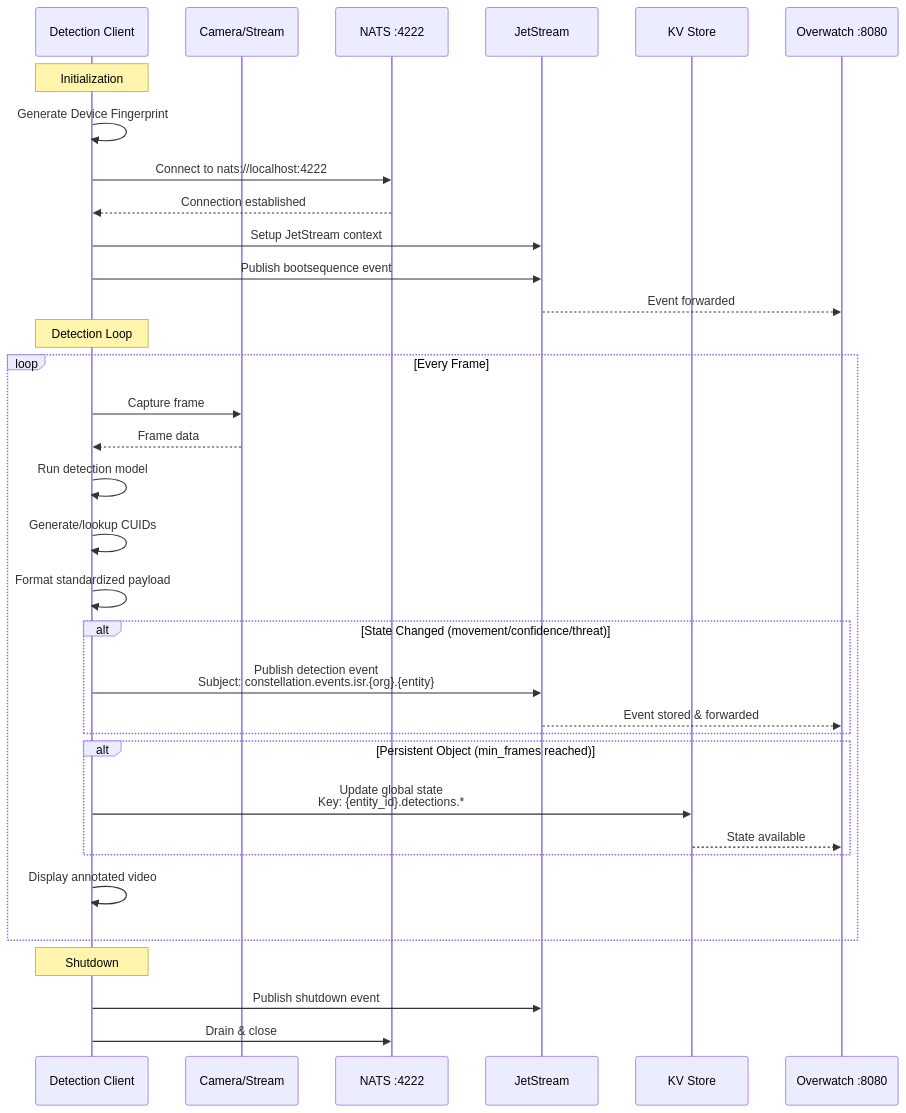
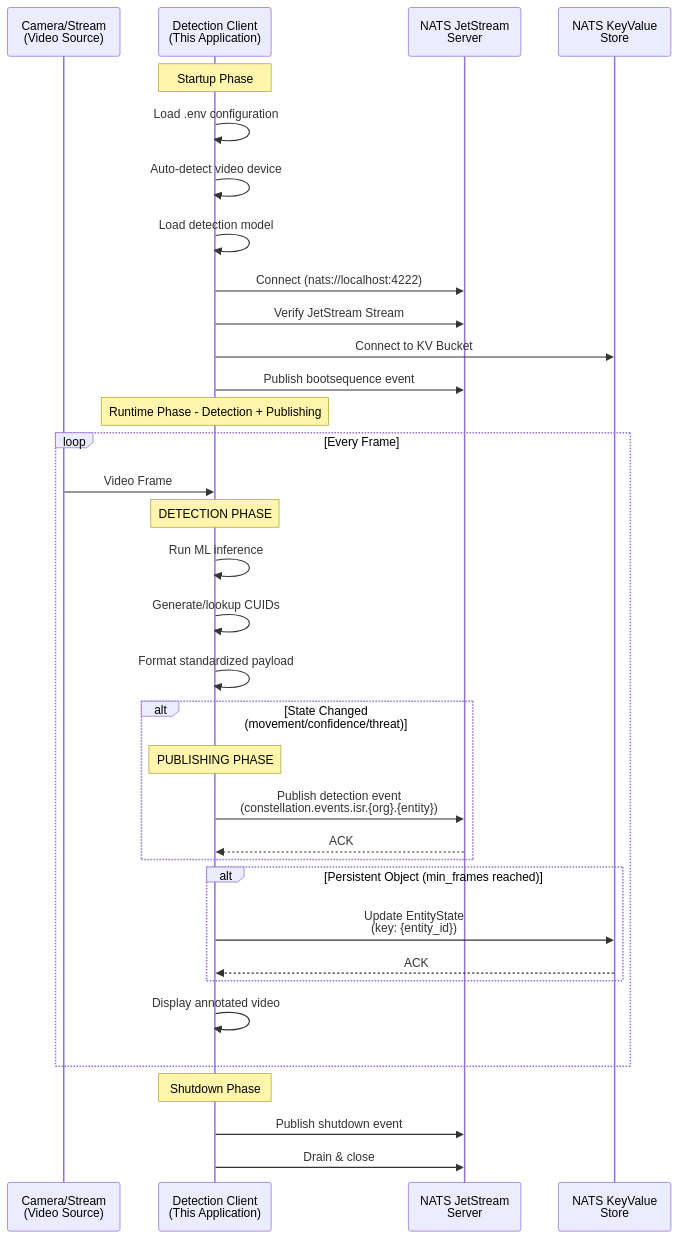
Before and after one commit to Constellation-Overwatch/overwatch-obj-detection: the diagram in README.md, drawn with Mermaid. The commit also changed other lines of this file and 2 other files, not shown here.

````diff
--- a/README.md
+++ b/README.md
@@ -104,43 +36,43 @@
 ```mermaid
 sequenceDiagram
-    participant Client as Detection Client
-    participant Camera as Camera/Stream
-    participant NATS as NATS :4222
-    participant JS as JetStream
-    participant KV as KV Store
-    participant Overwatch as Overwatch :8080
+    participant Camera as Camera/Stream<br/>(Video Source)
+    participant Client as Detection Client<br/>(This Application)
+    participant NATS as NATS JetStream<br/>Server
+    participant KV as NATS KeyValue<br/>Store
 
-    Note over Client: Initialization
-    Client->>Client: Generate Device Fingerprint
-    Client->>NATS: Connect to nats://localhost:4222
-    NATS-->>Client: Connection established
-    Client->>JS: Setup JetStream context
-    Client->>JS: Publish bootsequence event
-    JS-->>Overwatch: Event forwarded
+    Note over Client: Startup Phase
+    Client->>Client: Load .env configuration
+    Client->>Client: Auto-detect video device
+    Client->>Client: Load detection model
+    Client->>NATS: Connect (nats://localhost:4222)
+    Client->>NATS: Verify JetStream Stream
+    Client->>KV: Connect to KV Bucket
+    Client->>NATS: Publish bootsequence event
 
-    Note over Client: Detection Loop
+    Note over Client: Runtime Phase - Detection + Publishing
     loop Every Frame
-        Client->>Camera: Capture frame
-        Camera-->>Client: Frame data
+        Camera->>Client: Video Frame
 
-        Client->>Client: Run detection model
+        Note over Client: DETECTION PHASE
+        Client->>Client: Run ML inference
         Client->>Client: Generate/lookup CUIDs
         Client->>Client: Format standardized payload
 
         alt State Changed (movement/confidence/threat)
-            Client->>JS: Publish detection event<br/>Subject: constellation.events.isr.{org}.{entity}
-            JS-->>Overwatch: Event stored & forwarded
+            Note over Client: PUBLISHING PHASE
+            Client->>NATS: Publish detection event<br/>(constellation.events.isr.{org}.{entity})
+            NATS-->>Client: ACK
         end
 
         alt Persistent Object (min_frames reached)
-            Client->>KV: Update global state<br/>Key: {entity_id}.detections.*
-            KV-->>Overwatch: State available
+            Client->>KV: Update EntityState<br/>(key: {entity_id})
+            KV-->>Client: ACK
         end
 
         Client->>Client: Display annotated video
     end
 
-    Note over Client: Shutdown
-    Client->>JS: Publish shutdown event
+    Note over Client: Shutdown Phase
+    Client->>NATS: Publish shutdown event
     Client->>NATS: Drain & close
 ```
````
